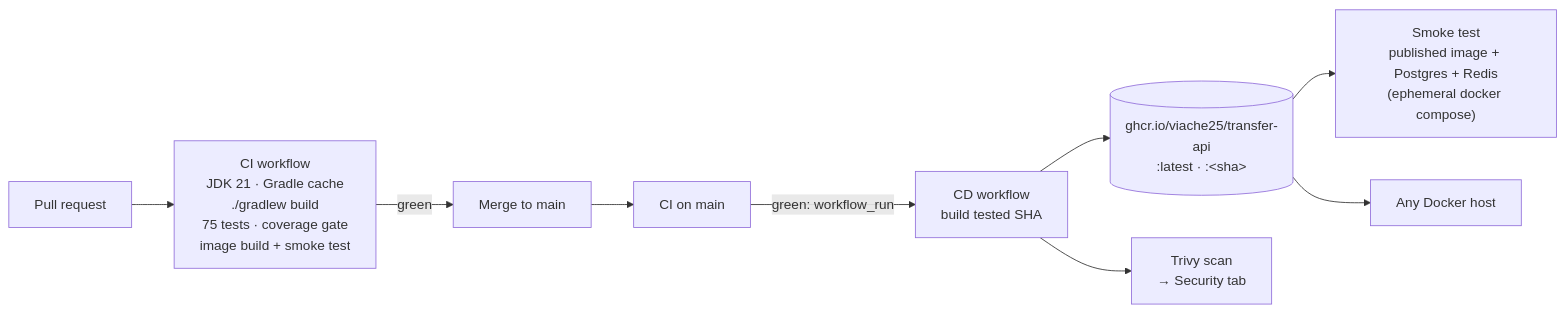
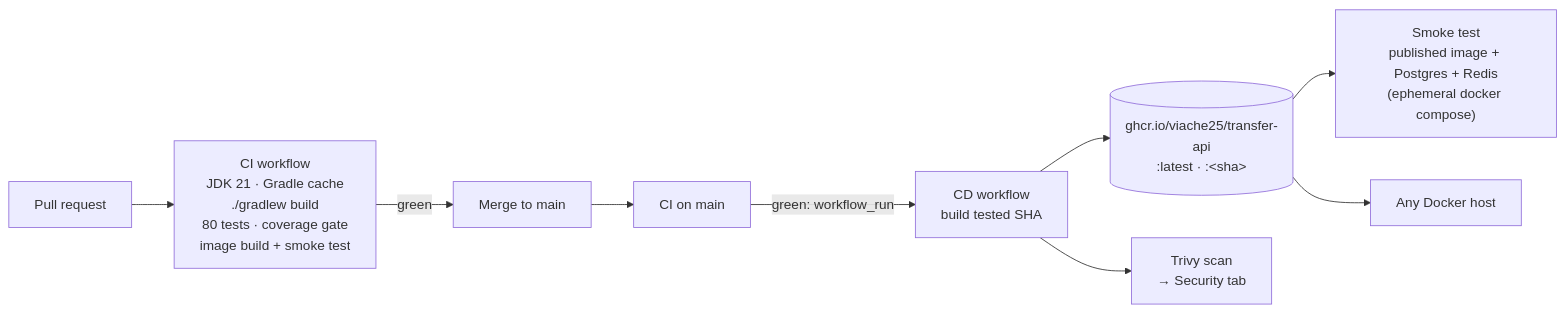
One commit to viache25/transfer-api changed the third of 3 diagrams in README.md. Above: the diagram before and after it, drawn with Mermaid. The commit also changed other lines of this file and 11 other files, not shown here.

````diff
--- a/README.md
+++ b/README.md
@@ -408,11 +410,11 @@
 ```mermaid
 flowchart LR
-    PR[Pull request] --> CI["CI workflow<br/>JDK 21 · Gradle cache<br/>./gradlew build<br/>75 tests · coverage gate<br/>image build + smoke test"]
+    PR[Pull request] --> CI["CI workflow<br/>JDK 21 · Gradle cache<br/>./gradlew build<br/>80 tests · coverage gate<br/>image build + smoke test"]
     CI -->|green| M[Merge to main]
     M --> CI2["CI on main"]
     CI2 -->|green: workflow_run| CD["CD workflow<br/>build tested SHA"]
     CD --> R[("ghcr.io/viache25/transfer-api<br/>:latest · :&lt;sha&gt;")]
     CD --> T["Trivy scan<br/>→ Security tab"]
     R --> SM["Smoke test<br/>published image + Postgres + Redis<br/>(ephemeral docker compose)"]
     R --> S[Any Docker host]
 ```
````
